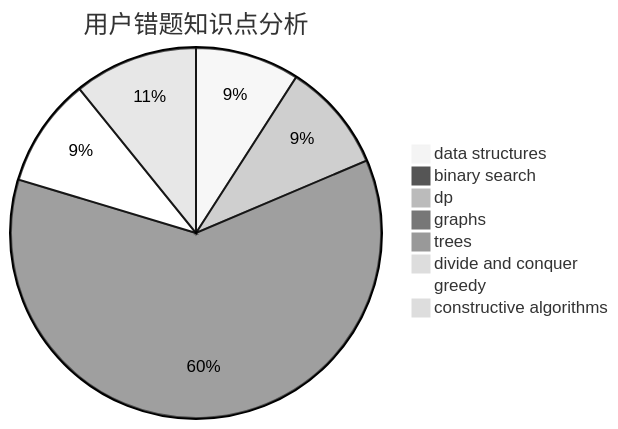
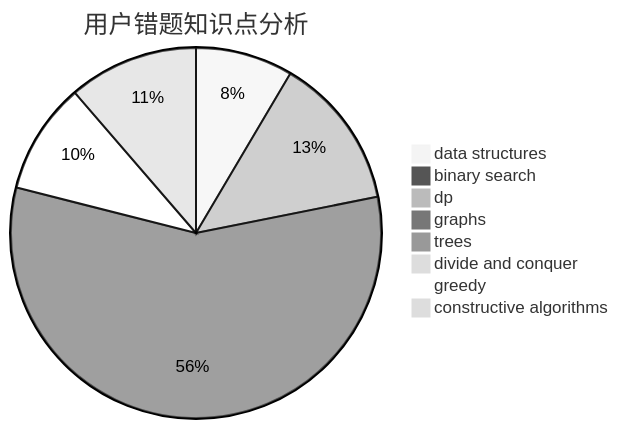
Before and after one commit to sherpahu/cfrs.github.io: the third of 3 diagrams in docs/user/u389.md, drawn with Mermaid (neutral theme). The commit also changed other lines of this file and 2770 other files, not shown here.

````diff
--- a/docs/user/u389.md
+++ b/docs/user/u389.md
@@ -36,11 +36,11 @@
 ```mermaid
 pie title 用户错题知识点分析
     "data structures" :  21
     "binary search" :  2
-    "dp" :  22
+    "dp" :  33
     "graphs" :  141
     "trees" :  2
     "divide and conquer" :  0
-    "greedy" :  22
-    "constructive algorithms" :  25
+    "greedy" :  24
+    "constructive algorithms" :  28
 ```
````
